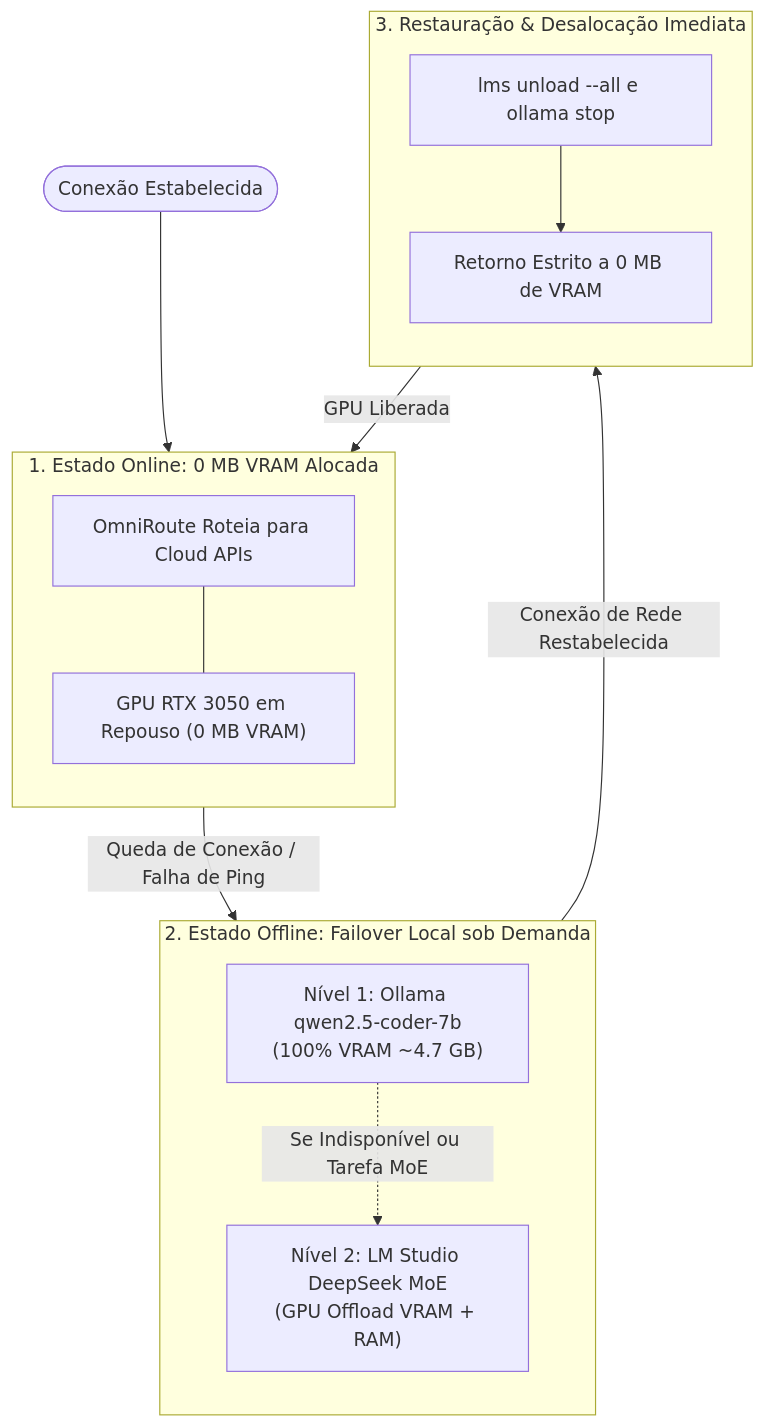
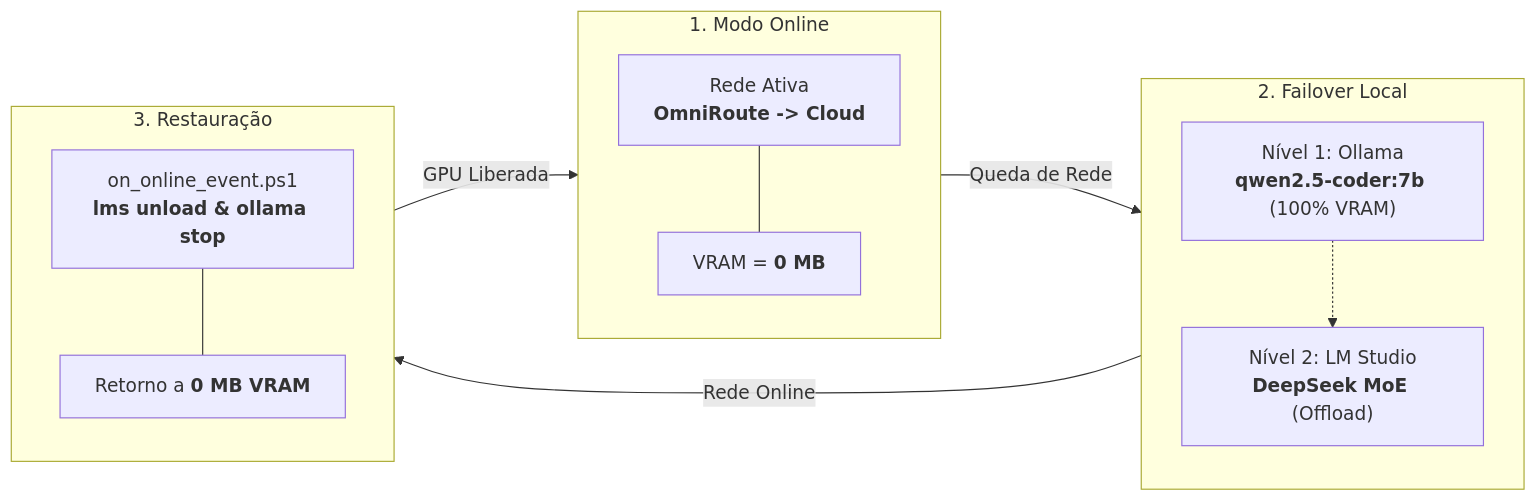
One commit to EnterDufter/PromptCoreLabs_AEOS changed the second of 2 diagrams in docs/hybrid-inference-architecture.md. Above: the diagram before and after it, drawn with Mermaid. The commit also changed 5 other files, not shown here.

Commit message:
fix: replace DIAG-INFER-01 thumbnail with authentic screenshot, convert state diagrams to balanced flowchart LR, and upgrade ASCII diagram to Mermaid in VRAM guide

````diff
--- a/docs/hybrid-inference-architecture.md
+++ b/docs/hybrid-inference-architecture.md
@@ -59,31 +59,27 @@
 ```mermaid
-flowchart TD
-    Start([Conexão Estabelecida]) --> OnlineState
-
-    subgraph OnlineState [1. Estado Online: 0 MB VRAM Alocada]
+flowchart LR
+    subgraph S1 [1. Modo Online]
         direction TB
-        CloudRouting["OmniRoute Roteia para Cloud APIs"]
-        ZeroVRAM["GPU RTX 3050 em Repouso (0 MB VRAM)"]
-        CloudRouting --- ZeroVRAM
+        Online["Rede Ativa<br><b>OmniRoute -> Cloud</b>"]
+        ZeroVRAM["VRAM = <b>0 MB</b>"]
+        Online --- ZeroVRAM
     end
 
-    OnlineState -->|Queda de Conexão / Falha de Ping| OfflineState
-
-    subgraph OfflineState [2. Estado Offline: Failover Local sob Demanda]
+    subgraph S2 [2. Failover Local]
         direction TB
-        FailoverL1["Nível 1: Ollama qwen2.5-coder-7b<br>(100% VRAM ~4.7 GB)"]
-        FailoverL2["Nível 2: LM Studio DeepSeek MoE<br>(GPU Offload VRAM + RAM)"]
-        FailoverL1 -.->|Se Indisponível ou Tarefa MoE| FailoverL2
+        L1["Nível 1: Ollama<br><b>qwen2.5-coder:7b</b> (100% VRAM)"]
+        L2["Nível 2: LM Studio<br><b>DeepSeek MoE</b> (Offload)"]
+        L1 -.-> L2
     end
 
-    OfflineState -->|Conexão de Rede Restabelecida| Restoration
-
-    subgraph Restoration [3. Restauração & Desalocação Imediata]
+    subgraph S3 [3. Restauração]
         direction TB
-        UnloadModels["lms unload --all e ollama stop"]
-        ResetZero["Retorno Estrito a 0 MB de VRAM"]
-        UnloadModels --> ResetZero
+        Unload["on_online_event.ps1<br><b>lms unload & ollama stop</b>"]
+        ZeroRet["Retorno a <b>0 MB VRAM</b>"]
+        Unload --- ZeroRet
     end
 
-    Restoration -->|GPU Liberada| OnlineState
+    S1 -->|Queda de Rede| S2
+    S2 -->|Rede Online| S3
+    S3 -->|GPU Liberada| S1
 ```
````
